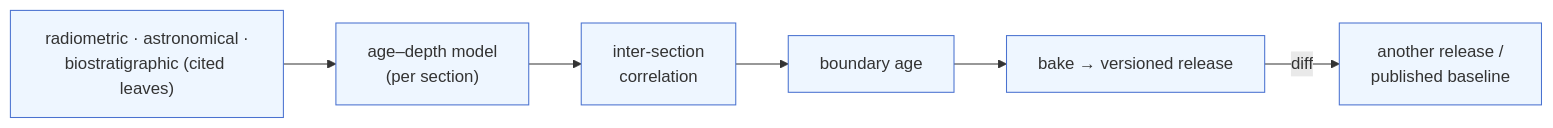
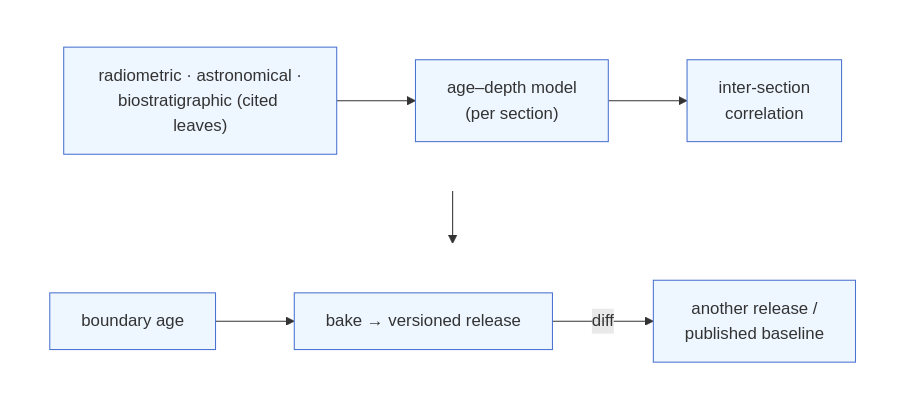
One commit to jikhanjung/cdGTS changed the diagram in docs/introduction_en.md. Above: the diagram before and after it, drawn with Mermaid. The commit also changed other lines of this file and 2 other files, not shown here.

Commit message:
docs: 소개글 다이어그램 2행 레이아웃(가독성) + 제목에서 ", not a chart" 제거
- mermaid 파이프라인을 flowchart TB + LR 서브그래프 2행으로 — 페이지
  폭에 맞춰 축소돼도 글씨가 커지도록 (docx 이미지 폰트 20px 렌더)
- 제목: "... as an engine, not a chart" → "... as an engine"
  (KR "표가 아니라 엔진으로서의" → "엔진으로서의")
- EN .docx 재생성: 2행 렌더 이미지 임베드 + docs 링크 GitHub URL 유지

Claude-Session: https://claude.ai/code/session_01GsYbs5T2xwog37QneE5XwW

````diff
--- a/docs/introduction_en.md
+++ b/docs/introduction_en.md
@@ -39,10 +39,16 @@
 ```mermaid
-flowchart LR
-  O["radiometric · astronomical ·<br/>biostratigraphic (cited leaves)"] --> A["age–depth model<br/>(per section)"]
-  A --> C["inter-section<br/>correlation"]
-  C --> B["boundary age"]
-  B --> R["bake → versioned release"]
-  R -->|diff| R2["another release /<br/>published baseline"]
+flowchart TB
+  subgraph r1[" "]
+    direction LR
+    O["radiometric · astronomical ·<br/>biostratigraphic (cited leaves)"] --> A["age–depth model<br/>(per section)"] --> C["inter-section<br/>correlation"]
+  end
+  subgraph r2[" "]
+    direction LR
+    B["boundary age"] --> R["bake → versioned release"] -->|diff| R2["another release /<br/>published baseline"]
+  end
+  C --> B
   classDef n fill:#eef6ff,stroke:#4a72d0;
   class O,A,C,B,R,R2 n;
+  style r1 fill:none,stroke:none
+  style r2 fill:none,stroke:none
 ```
````
